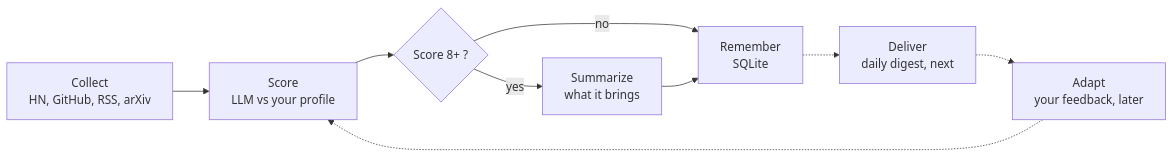
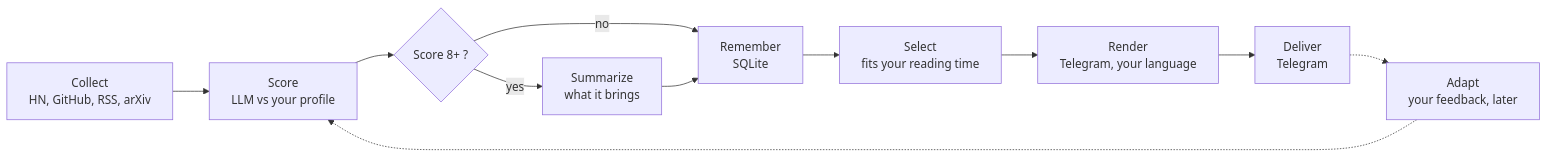
One commit to AntoineRb/tech_radar_agent changed the diagram in README.md. Above: the diagram before and after it, drawn with Mermaid. The commit also changed other lines of this file and 39 other files, not shown here.

First line of the commit message:
Release v0.3.0: the digest on Telegram (#25)

````diff
--- a/README.md
+++ b/README.md
@@ -69,11 +86,13 @@
 ```mermaid
 flowchart LR
     A["Collect<br/>HN, GitHub, RSS, arXiv"] --> B["Score<br/>LLM vs your profile"]
     B --> C{"Score 8+ ?"}
     C -- "yes" --> D["Summarize<br/>what it brings"]
     C -- "no" --> M["Remember<br/>SQLite"]
     D --> M
-    M -.-> E["Deliver<br/>daily digest, next"]
+    M --> S["Select<br/>fits your reading time"]
+    S --> R["Render<br/>Telegram, your language"]
+    R --> E["Deliver<br/>Telegram"]
     E -.-> F["Adapt<br/>your feedback, later"]
     F -.-> B
 ```
````
